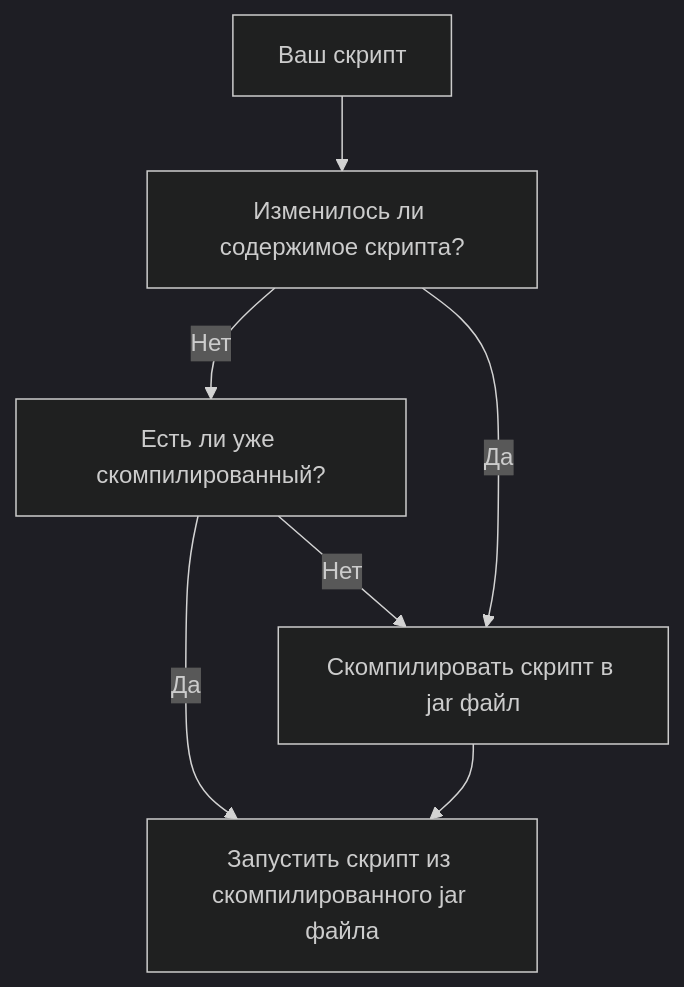
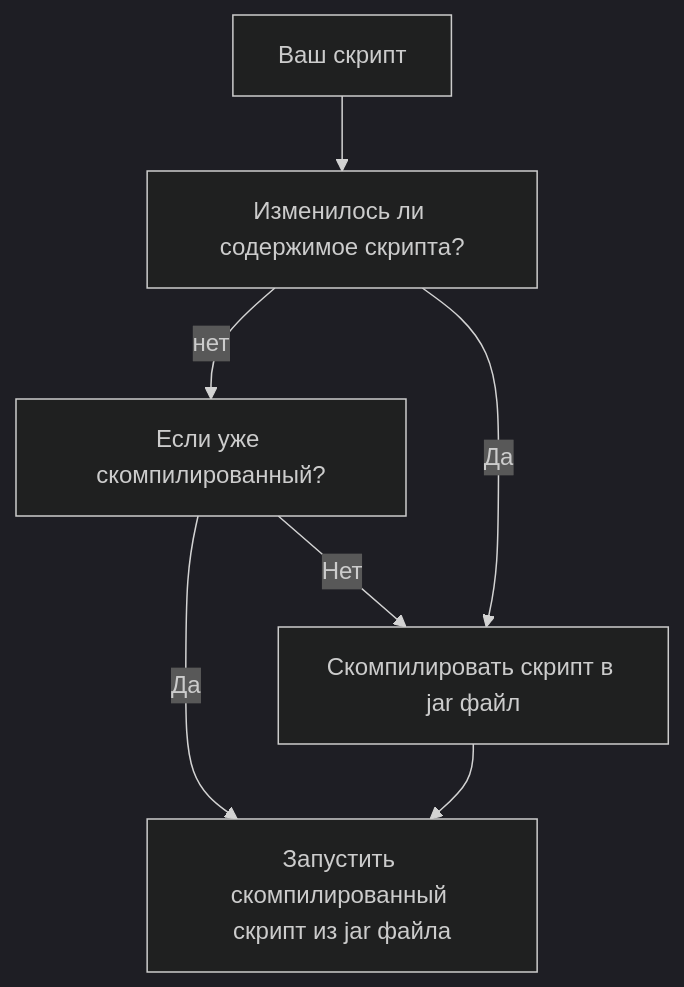
Before and after one commit to 0mods/docsweb: the diagram in docs/hollowengine/Begin/starting.mdx, drawn with Mermaid (dark theme). The commit also changed 27 other files, not shown here.

````diff
--- a/docs/hollowengine/Begin/starting.mdx
+++ b/docs/hollowengine/Begin/starting.mdx
@@ -19,9 +19,15 @@
 ```mermaid
 graph TD;
-    A[Ваш скрипт]-->B[Изменилось ли содержимое скрипта?];
-    B-->|Нет| C[Есть ли уже скомпилированный?];
-    C-->|Нет| D;
-    C-->|Да| E;
-    B-->|Да| D[Скомпилировать скрипт в jar файл];
-    D-->E[Запустить скрипт из скомпилированного jar файла];
+    Start[Ваш скрипт];
+    Q1[Изменилось ли содержимое скрипта?];
+    Q2[Если уже скомпилированный?];
+    Comp[Скомпилировать скрипт в jar файл];
+    End[Запустить скомпилированный скрипт из jar файла];
+    
+    Start-->Q1;
+    Q1-->|нет|Q2;
+    Q2-->|Нет|Comp;
+    Q1-->|Да|Comp;
+    Q2-->|Да|End;
+    Comp-->End;
 ```
````
